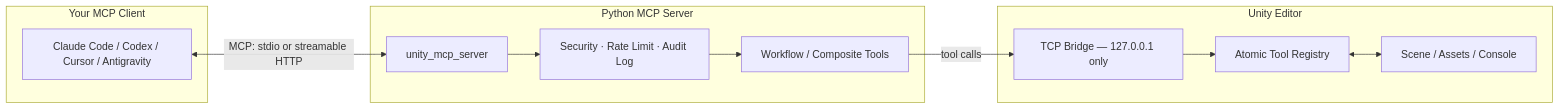
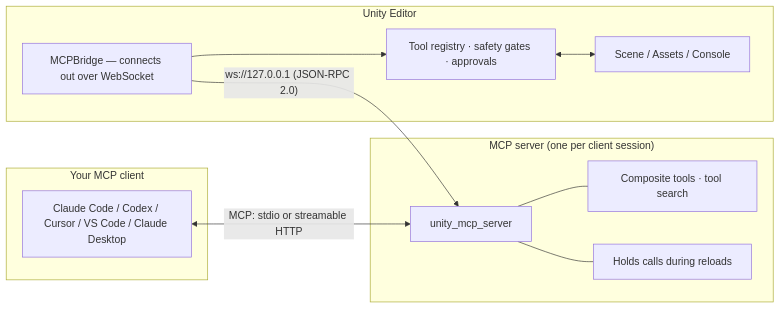
Before and after one commit to AniketRaut02/unity-mcp: the diagram in README.md, drawn with Mermaid. The commit also changed other lines of this file and 155 other files, not shown here.

Commit message:
Unity MCP 2.0.0: Python-hosted WebSocket server, approvals, token optimizations, uv install

````diff
--- a/README.md
+++ b/README.md
@@ -299,23 +443,23 @@
 ```mermaid
 flowchart LR
-    subgraph Client["Your MCP Client"]
-        A[Claude Code / Codex / Cursor / Antigravity]
+    subgraph Client["Your MCP client"]
+        A[Claude Code / Codex / Cursor / VS Code / Claude Desktop]
     end
-    subgraph Server["Python MCP Server"]
+    subgraph Server["MCP server (one per client session)"]
         B[unity_mcp_server]
-        C[Workflow / Composite Tools]
-        D[Security · Rate Limit · Audit Log]
+        C[Composite tools · tool search]
+        D[Holds calls during reloads]
     end
     subgraph Editor["Unity Editor"]
-        E[TCP Bridge — 127.0.0.1 only]
-        F[Atomic Tool Registry]
+        E[MCPBridge — connects out over WebSocket]
+        F[Tool registry · safety gates · approvals]
         G[Scene / Assets / Console]
     end
 
     A <-->|"MCP: stdio or streamable HTTP"| B
-    B --> D
-    D --> C
-    C -->|"tool calls"| E
+    B --- C
+    B --- D
+    E -->|"ws://127.0.0.1 (JSON-RPC 2.0)"| B
     E --> F
     F <--> G
 ```
````
